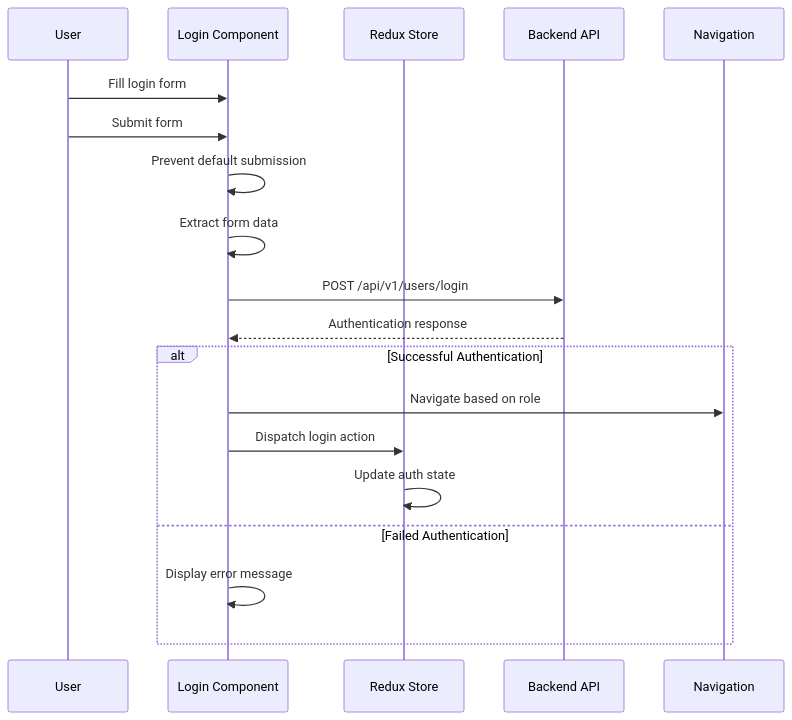
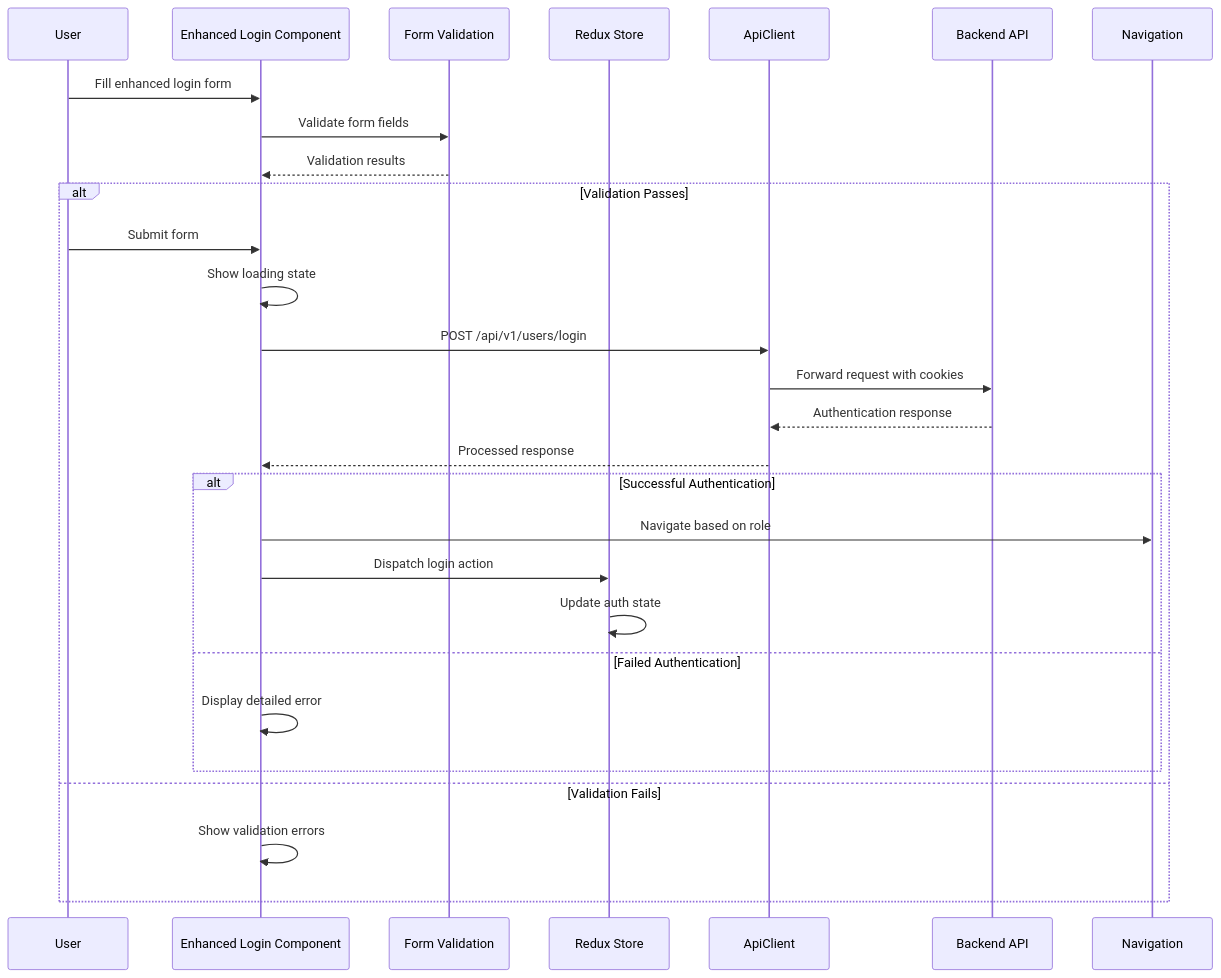
The third of 14 diagrams in .qoder/repowiki/en/content/Authentication & Authorization/Login Page Implementation.md (Aryan9060/Timetable-Project), drawn with Mermaid before and after one commit. The commit also changed other lines of this file and 21 other files, not shown here.

````diff
--- a/.qoder/repowiki/en/content/Authentication & Authorization/Login Page Implementation.md
+++ b/.qoder/repowiki/en/content/Authentication & Authorization/Login Page Implementation.md
@@ -117,21 +143,30 @@
 ```mermaid
 sequenceDiagram
 participant U as User
-participant L as Login Component
+participant L as Enhanced Login Component
+participant V as Form Validation
 participant R as Redux Store
+participant A as ApiClient
 participant B as Backend API
 participant N as Navigation
-U->>L : Fill login form
+U->>L : Fill enhanced login form
+L->>V : Validate form fields
+V-->>L : Validation results
+alt Validation Passes
 U->>L : Submit form
-L->>L : Prevent default submission
-L->>L : Extract form data
-L->>B : POST /api/v1/users/login
-B-->>L : Authentication response
+L->>L : Show loading state
+L->>A : POST /api/v1/users/login
+A->>B : Forward request with cookies
+B-->>A : Authentication response
+A-->>L : Processed response
 alt Successful Authentication
 L->>N : Navigate based on role
 L->>R : Dispatch login action
 R->>R : Update auth state
 else Failed Authentication
-L->>L : Display error message
+L->>L : Display detailed error
+end
+else Validation Fails
+L->>L : Show validation errors
 end
 ```
````
